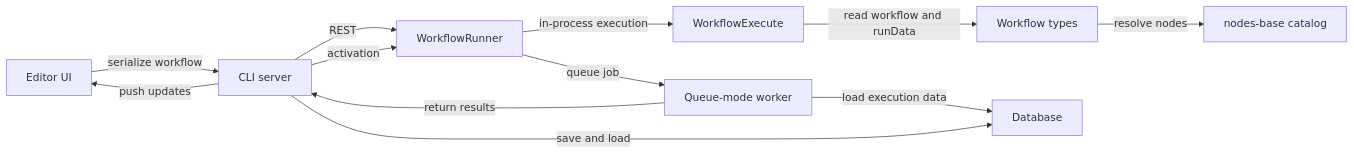
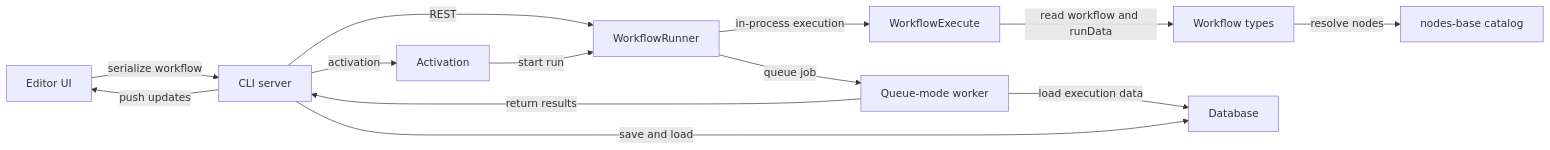
One commit to joels-sandgarden/n8n-docs changed the diagram in 00-the-big-picture.md. Above: the diagram before and after it, drawn with Mermaid.

````diff
--- a/00-the-big-picture.md
+++ b/00-the-big-picture.md
@@ -39,23 +39,25 @@
 ```mermaid
 flowchart LR
   Editor["Editor UI"]
   Server["CLI server"]
+  Activation["Activation"]
   Runner["WorkflowRunner"]
   Engine["WorkflowExecute"]
   WorkflowTypes["Workflow types"]
   NodesBase["nodes-base catalog"]
   Database["Database"]
   Worker["Queue-mode worker"]
 
   Editor -->|"serialize workflow"| Server
   Server -->|"REST"| Runner
-  Server -->|"activation"| Runner
+  Server -->|"activation"| Activation
+  Activation -->|"start run"| Runner
   Runner -->|"in-process execution"| Engine
   Runner -->|"queue job"| Worker
   Worker -->|"load execution data"| Database
   Server -->|"save and load"| Database
   Engine -->|"read workflow and runData"| WorkflowTypes
   WorkflowTypes -->|"resolve nodes"| NodesBase
   Worker -->|"return results"| Server
   Server -->|"push updates"| Editor
 ```
````
